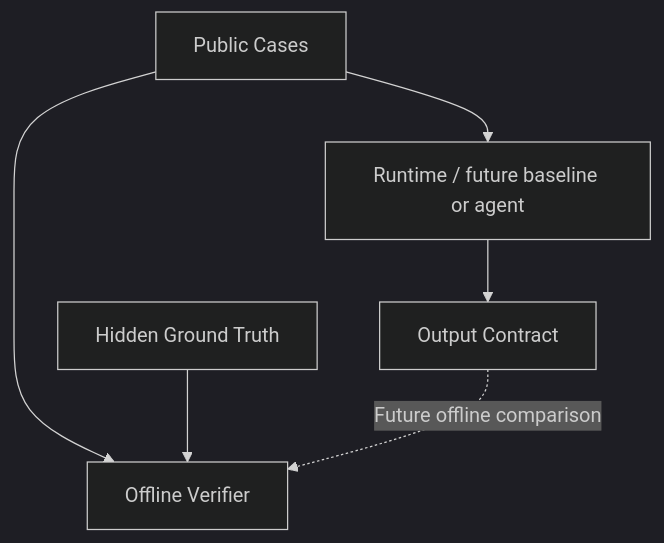
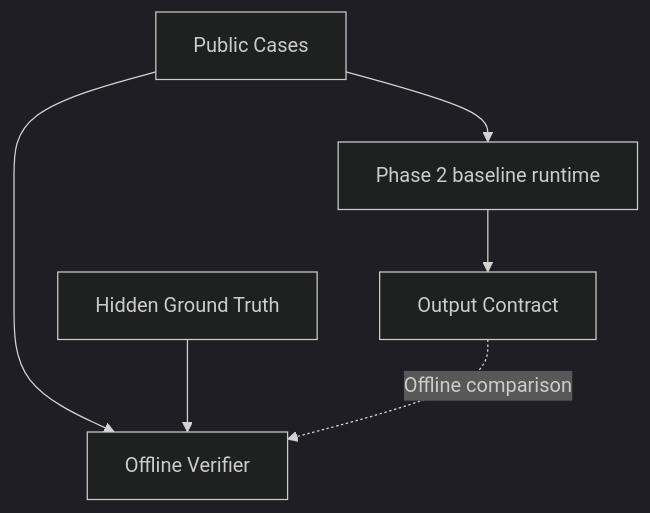
Before and after one commit to Vaibhavsahkk/Proof_Before_Pay: the diagram in PROJECT_KNOWLEDGE/02_ARCHITECTURE/System Architecture.md, drawn with Mermaid (dark theme). The commit also changed other lines of this file and 18 other files, not shown here.

First line of the commit message:
fix(phase2): harden baseline evidence

````diff
--- a/PROJECT_KNOWLEDGE/02_ARCHITECTURE/System Architecture.md
+++ b/PROJECT_KNOWLEDGE/02_ARCHITECTURE/System Architecture.md
@@ -14,8 +14,8 @@
 ```mermaid
 flowchart TD
-    A[Public Cases] --> B[Runtime / future baseline or agent]
+    A[Public Cases] --> B[Phase 2 baseline runtime]
     B --> C[Output Contract]
     A --> D[Offline Verifier]
     E[Hidden Ground Truth] --> D
-    C -.->|Future offline comparison| D
+    C -.->|Offline comparison| D
 ```
````
